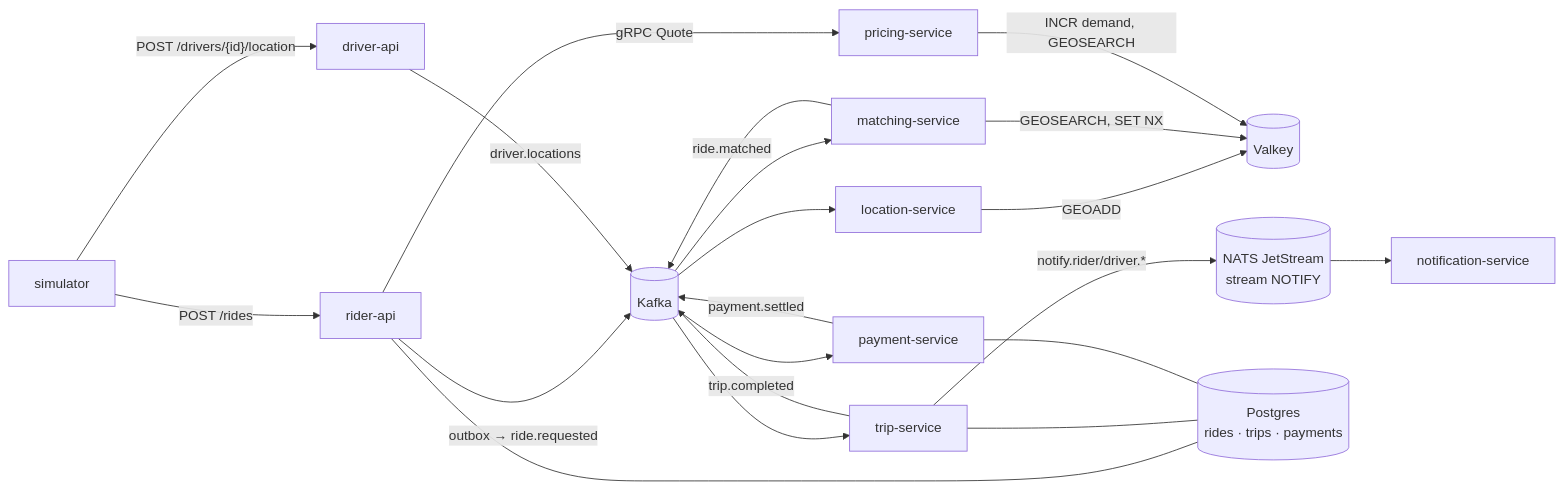
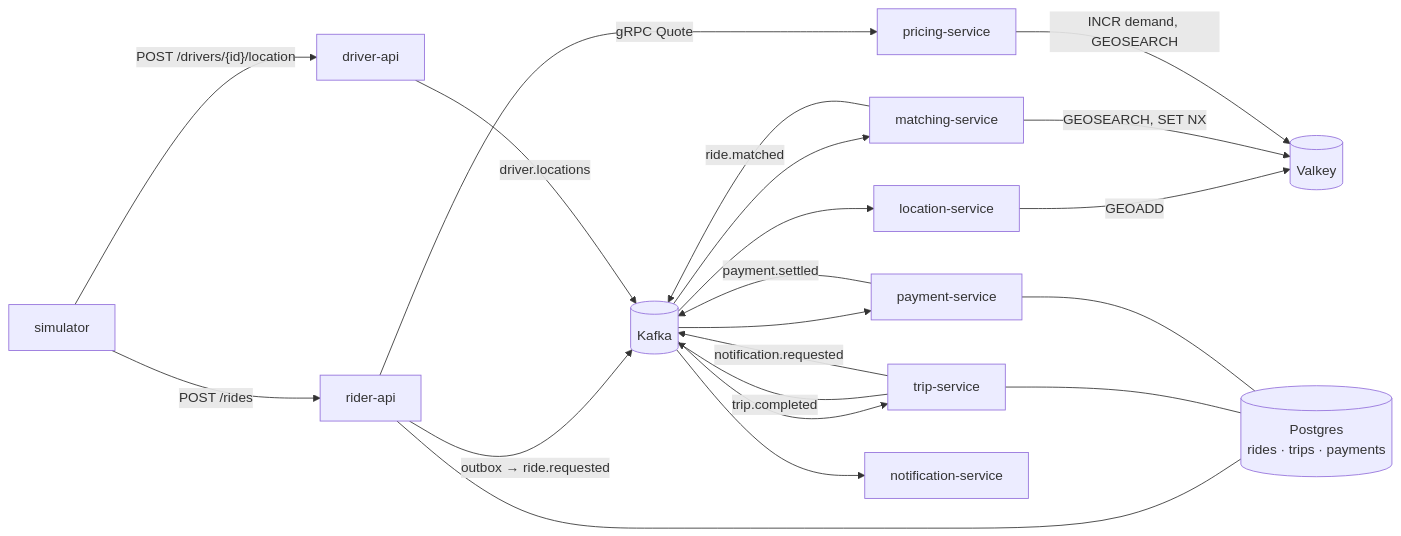
One commit to theShus/uber-lite changed the diagram in docs/app-reference.md. Above: the diagram before and after it, drawn with Mermaid. The commit also changed other lines of this file and 30 other files, not shown here.

First line of the commit message:
Notifications on Kafka instead of NATS JetStream

````diff
--- a/docs/app-reference.md
+++ b/docs/app-reference.md
@@ -20,23 +20,23 @@
 ```mermaid
 flowchart LR
   sim["simulator"] -->|"POST /rides"| rider["rider-api"]
   sim -->|"POST /drivers/{id}/location"| driver["driver-api"]
   rider -->|"gRPC Quote"| pricing["pricing-service"]
   rider -->|"outbox → ride.requested"| k[("Kafka")]
   driver -->|"driver.locations"| k
   k --> location["location-service"]
   k --> matching["matching-service"]
   location -->|"GEOADD"| v[("Valkey")]
   matching -->|"GEOSEARCH, SET NX"| v
   pricing -->|"INCR demand, GEOSEARCH"| v
   matching -->|"ride.matched"| k
   k --> trip["trip-service"]
   trip -->|"trip.completed"| k
   k --> payment["payment-service"]
   payment -->|"payment.settled"| k
-  trip -->|"notify.rider/driver.*"| n[("NATS JetStream<br/>stream NOTIFY")]
-  n --> notify["notification-service"]
+  trip -->|"notification.requested"| k
+  k --> notify["notification-service"]
   rider --- pg[("Postgres<br/>rides · trips · payments")]
   trip --- pg
   payment --- pg
 ```
````
